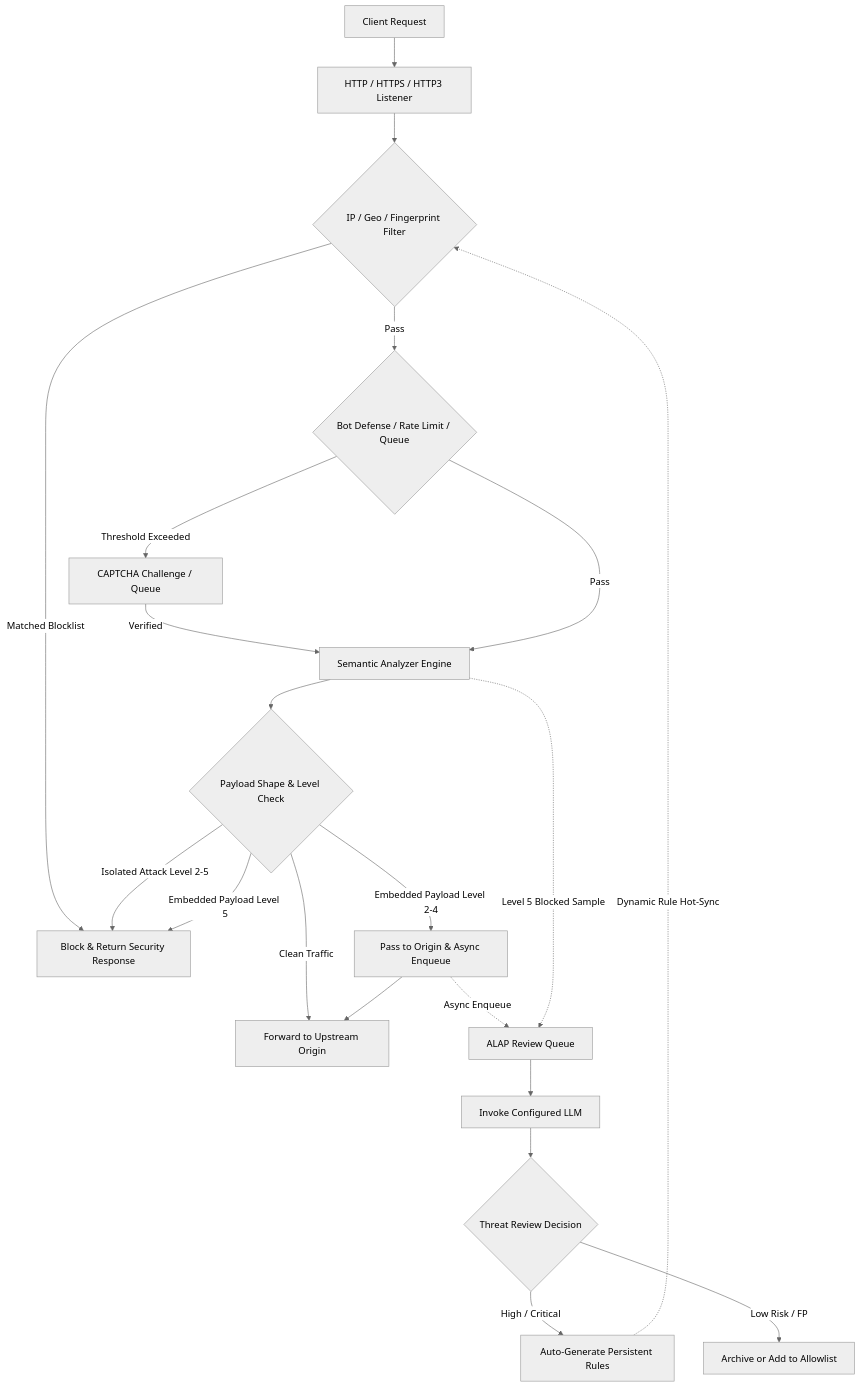
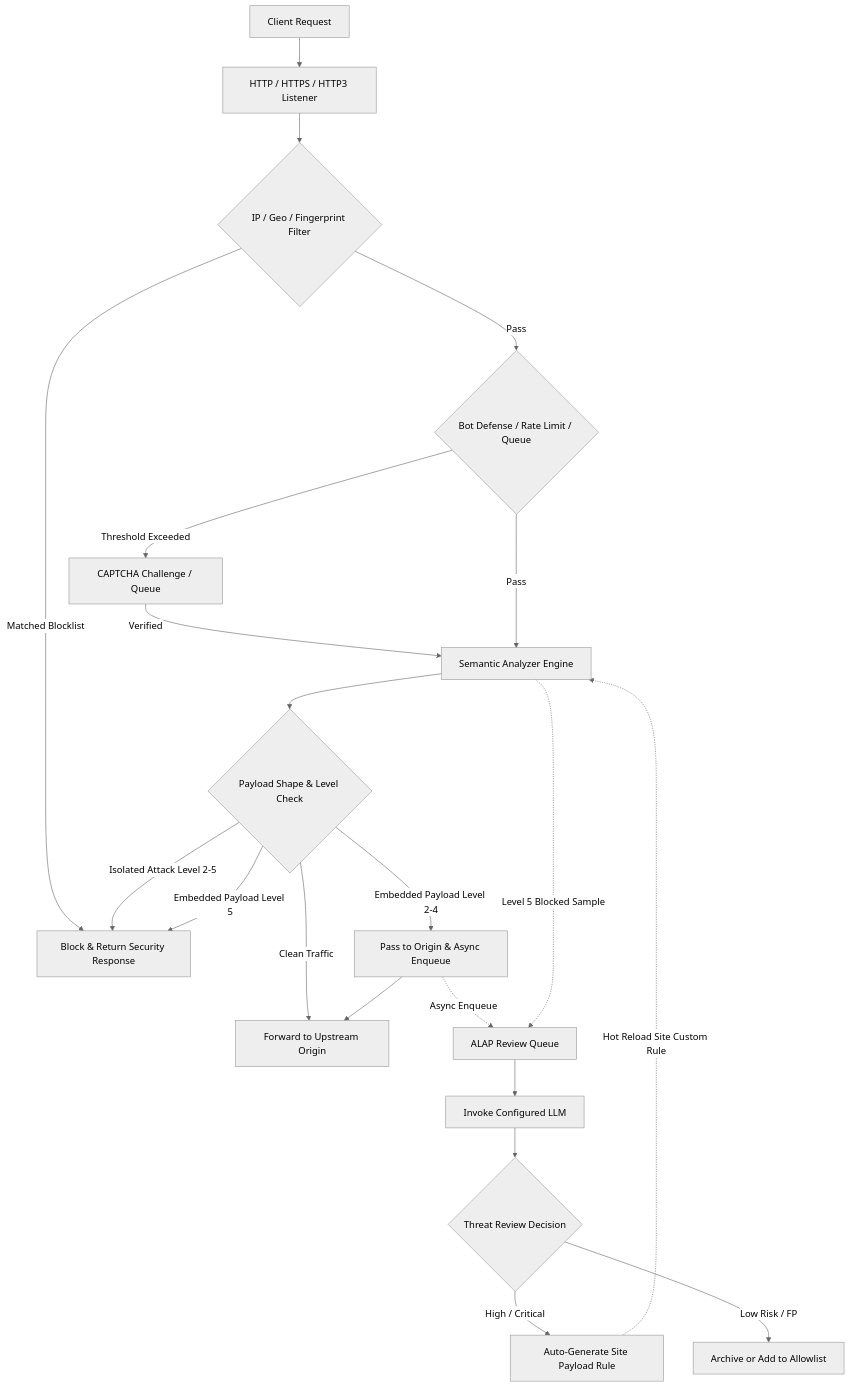
Before and after one commit to LaokeQwQ/CheeseWAF: the diagram in README.md, drawn with Mermaid (neutral theme). The commit also changed other lines of this file and 13 other files, not shown here.

````diff
--- a/README.md
+++ b/README.md
@@ -82,23 +82,23 @@
 ```mermaid
 flowchart TB
   Client[Client Request] --> Ingress[HTTP / HTTPS / HTTP3 Listener]
   Ingress --> IP{IP / Geo / Fingerprint Filter}
   IP -->|Matched Blocklist| Block[Block & Return Security Response]
   IP -->|Pass| Bot{Bot Defense / Rate Limit / Queue}
   Bot -->|Threshold Exceeded| Challenge[CAPTCHA Challenge / Queue]
   Challenge -->|Verified| Sem
   Bot -->|Pass| Sem[Semantic Analyzer Engine]
   Sem --> Shape{Payload Shape & Level Check}
   Shape -->|Isolated Attack Level 2-5| Block
   Shape -->|Embedded Payload Level 5| Block
   Shape -->|Embedded Payload Level 2-4| Pass[Pass to Origin & Async Enqueue]
   Shape -->|Clean Traffic| Origin[Forward to Upstream Origin]
   Pass --> Origin
   Pass -.->|Async Enqueue| Queue[ALAP Review Queue]
   Sem -.->|Level 5 Blocked Sample| Queue
   Queue --> LLM[Invoke Configured LLM]
   LLM --> Review{Threat Review Decision}
-  Review -->|High / Critical| Rule[Auto-Generate Persistent Rules]
+  Review -->|High / Critical| Rule[Auto-Generate Site Payload Rule]
   Review -->|Low Risk / FP| Dismiss[Archive or Add to Allowlist]
-  Rule -.->|Dynamic Rule Hot-Sync| IP
+  Rule -.->|Hot Reload Site Custom Rule| Sem
 ```
````
